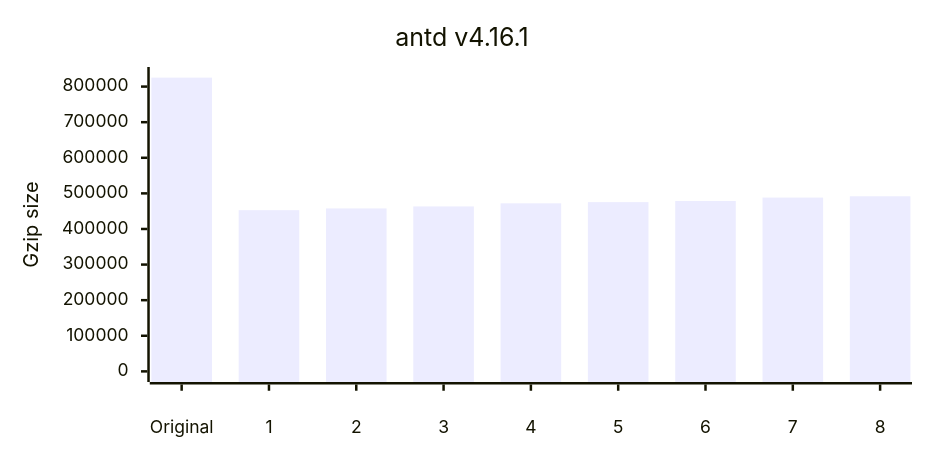
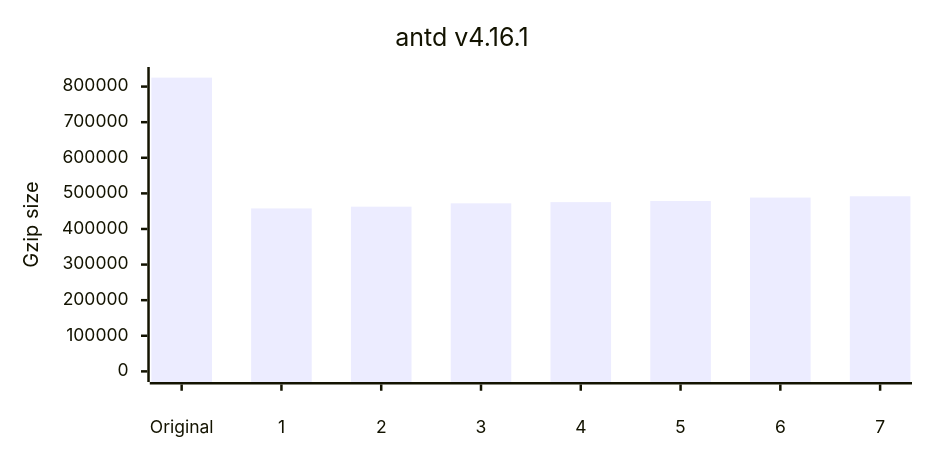
Diagram 11 of 12 in README.md (privatenumber/minification-benchmarks), drawn with Mermaid before and after one commit. The commit also changed other lines of this file, not shown here.

````diff
--- a/README.md
+++ b/README.md
@@ -470,17 +500,17 @@
 ```mermaid
 ---
 config:
     xyChart:
         width: 720
         height: 360
         xAxis:
             labelPadding: 20
         yAxis:
             labelPadding: 10
 ---
 xychart-beta
 	title "antd v4.16.1"
-	x-axis ["Original",1,2,3,4,5,6,7,8]
+	x-axis ["Original",1,2,3,4,5,6,7]
 	y-axis "Gzip size" 0 --> 825175
-	bar [825175,452827,457786,463357,472044,475480,478572,488279,491833]
+	bar [825175,457785,462688,472044,475480,478572,488279,491833]
 ```
````
